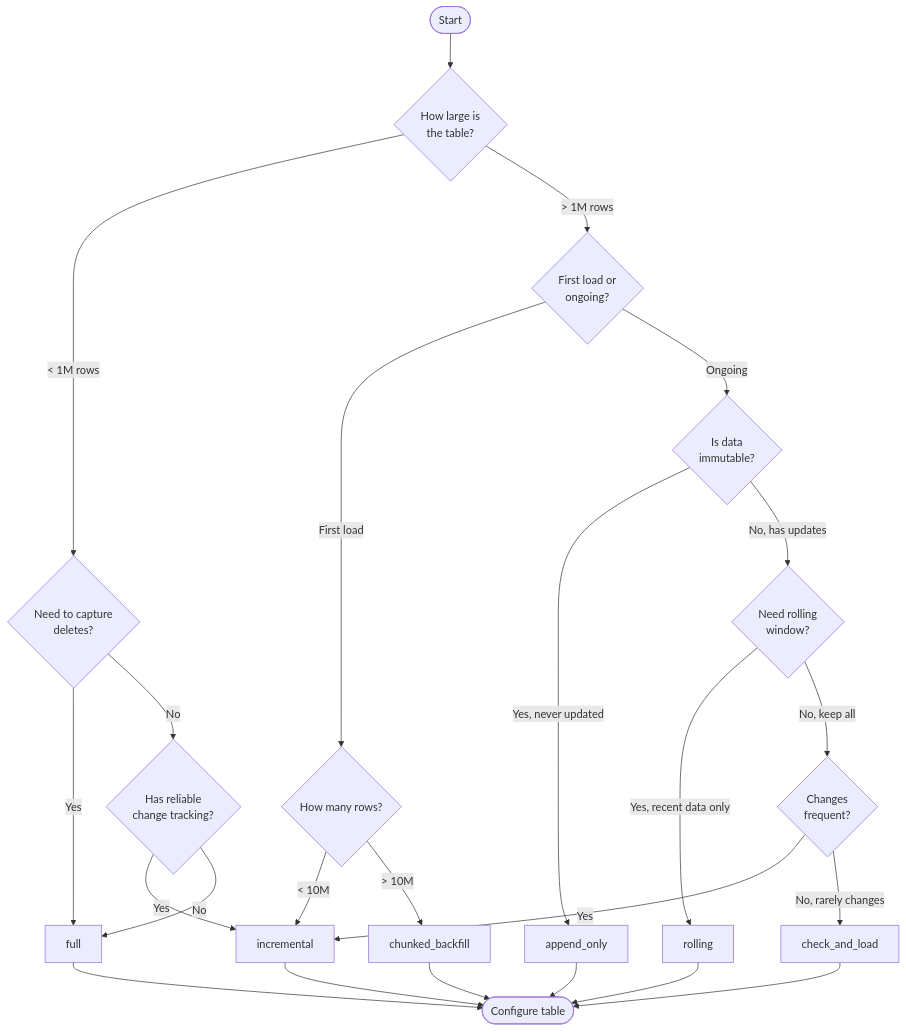
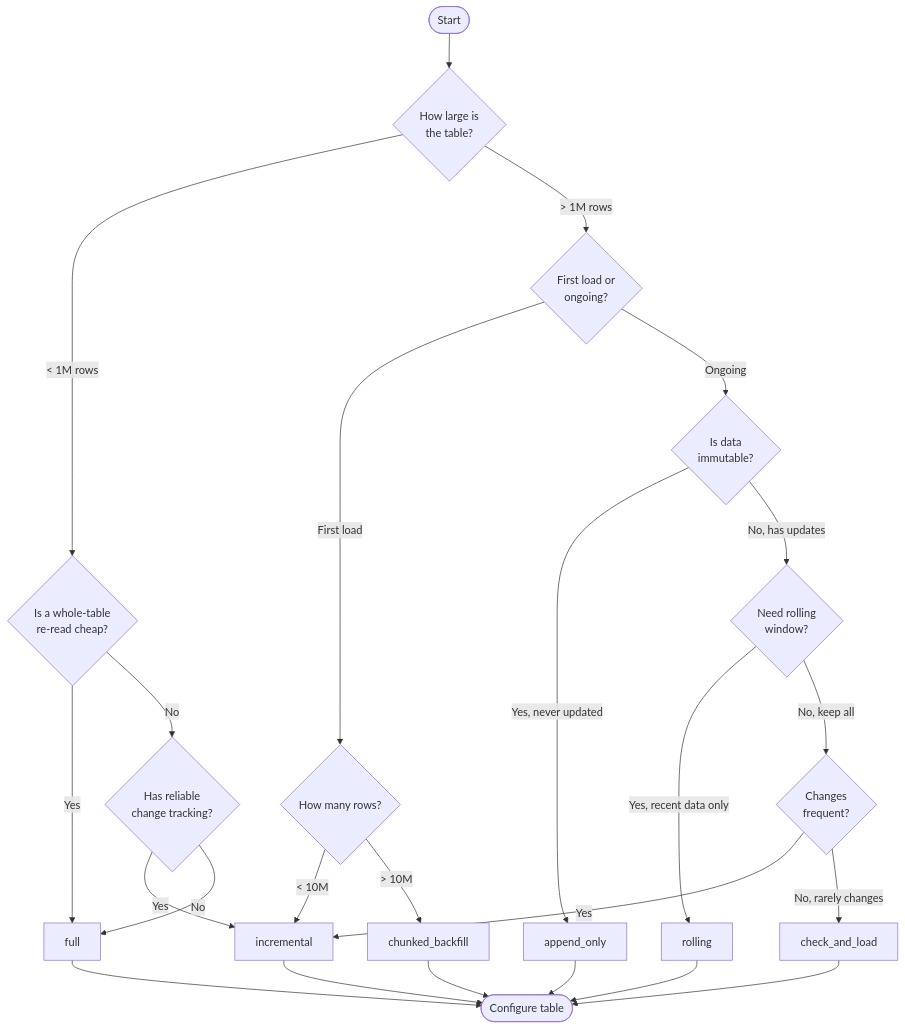
One commit to DakotaDataEng/dataloader-docs changed the diagram in reference/05-load-strategies.md. Above: the diagram before and after it, drawn with Mermaid. The commit also changed other lines of this file and 40 other files, not shown here.

````diff
--- a/reference/05-load-strategies.md
+++ b/reference/05-load-strategies.md
@@ -9,35 +11,35 @@
 ```mermaid
 flowchart TD
     Start([Start]) --> Q1{How large is<br/>the table?}
 
-    Q1 -->|< 1M rows| Q2{Need to capture<br/>deletes?}
+    Q1 -->|< 1M rows| Q2{Is a whole-table<br/>re-read cheap?}
     Q1 -->|> 1M rows| Q3{First load or<br/>ongoing?}
 
     Q2 -->|Yes| Full[full]
     Q2 -->|No| Q4{Has reliable<br/>change tracking?}
 
     Q4 -->|Yes| Incremental[incremental]
     Q4 -->|No| Full
 
     Q3 -->|First load| Q5{How many rows?}
     Q3 -->|Ongoing| Q6{Is data<br/>immutable?}
 
     Q5 -->|< 10M| Incremental
     Q5 -->|> 10M| Chunked[chunked_backfill]
 
     Q6 -->|Yes, never updated| Append[append_only]
     Q6 -->|No, has updates| Q7{Need rolling<br/>window?}
 
     Q7 -->|Yes, recent data only| Rolling[rolling]
     Q7 -->|No, keep all| Q8{Changes<br/>frequent?}
 
     Q8 -->|Yes| Incremental
     Q8 -->|No, rarely changes| CheckLoad[check_and_load]
 
     Full --> Done([Configure table])
     Incremental --> Done
     Append --> Done
     Rolling --> Done
     CheckLoad --> Done
     Chunked --> Done
 ```
````
